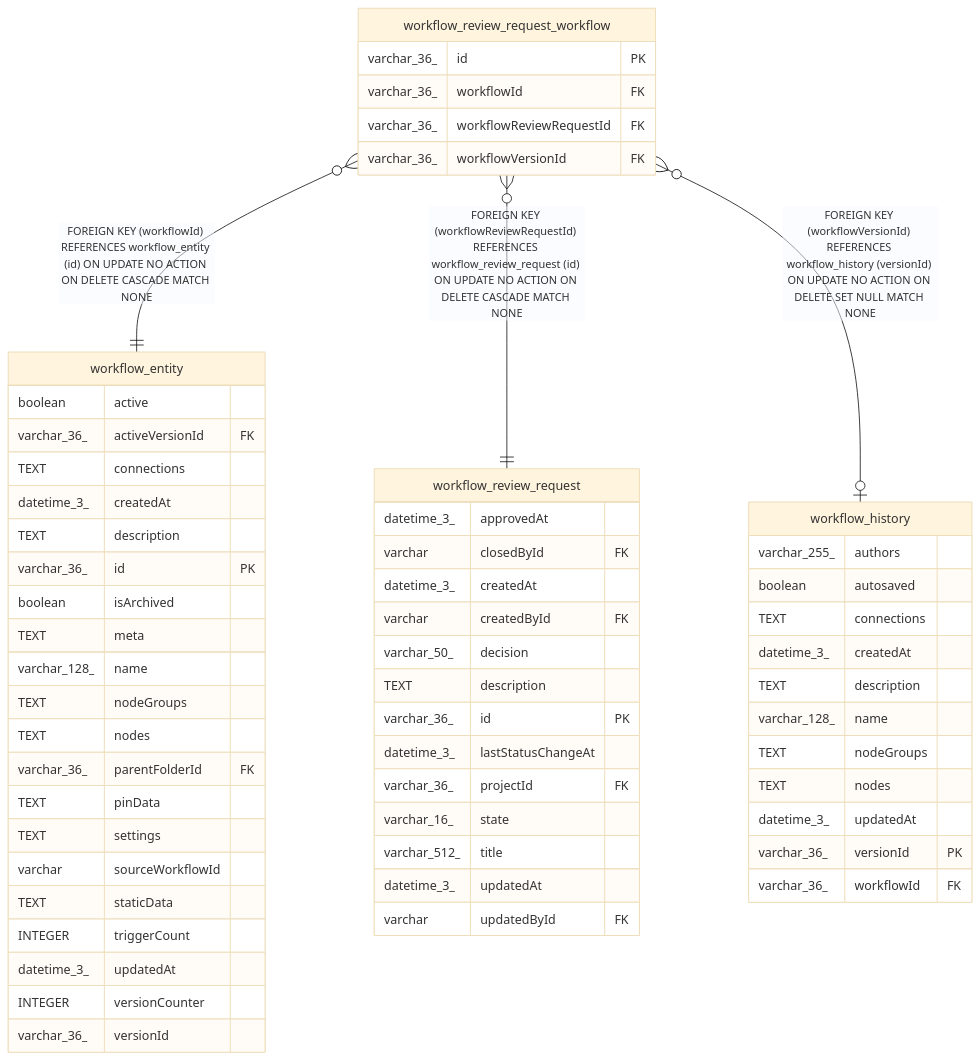
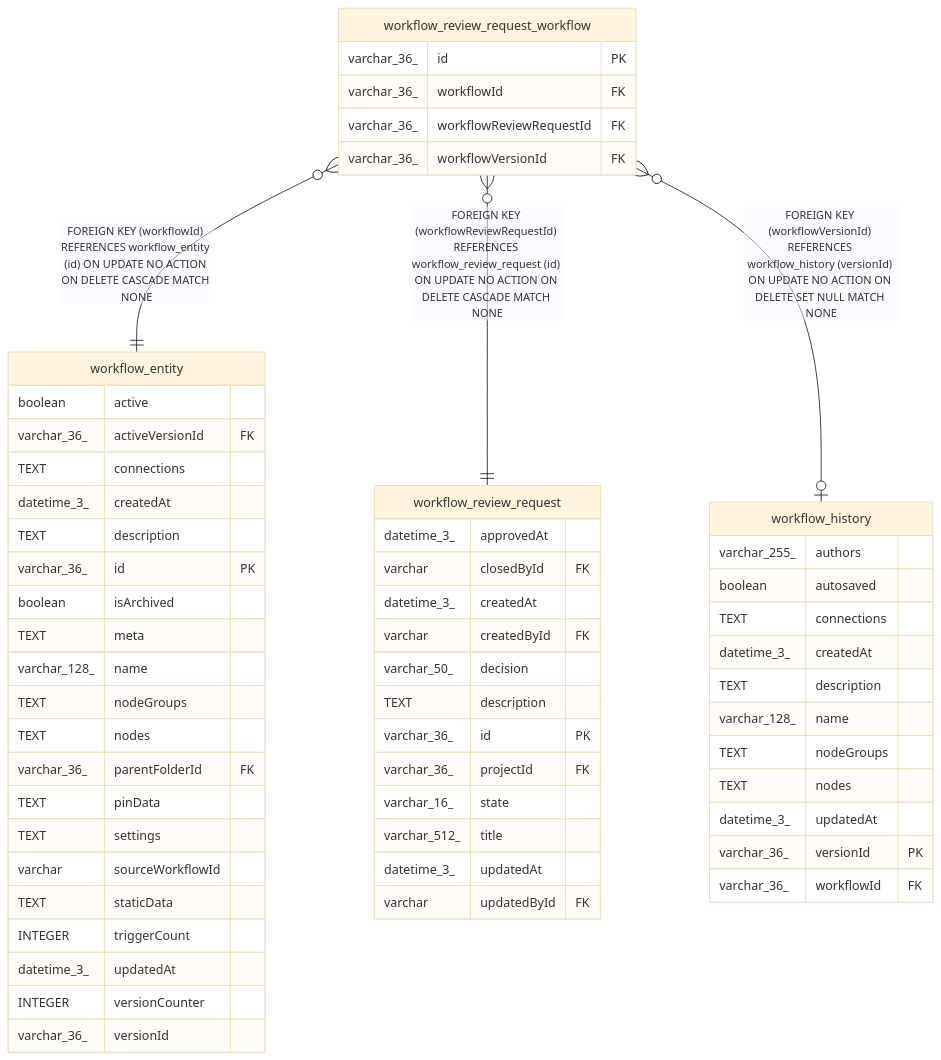
Before and after one commit to mayankjain1815-commits/n8n: the diagram in docs/generated/sqlite-schema/workflow_review_request_workflow.md, drawn with Mermaid (base theme). The commit also changed 10 other files, not shown here.

First line of the commit message:
refactor(core): Remove lastStatusChangeAt field from workflow review request schema

````diff
--- a/docs/generated/sqlite-schema/workflow_review_request_workflow.md
+++ b/docs/generated/sqlite-schema/workflow_review_request_workflow.md
@@ -42,64 +42,63 @@
 ```mermaid
 erDiagram
 
 "workflow_review_request_workflow" }o--|| "workflow_entity" : "FOREIGN KEY (workflowId) REFERENCES workflow_entity (id) ON UPDATE NO ACTION ON DELETE CASCADE MATCH NONE"
 "workflow_review_request_workflow" }o--|| "workflow_review_request" : "FOREIGN KEY (workflowReviewRequestId) REFERENCES workflow_review_request (id) ON UPDATE NO ACTION ON DELETE CASCADE MATCH NONE"
 "workflow_review_request_workflow" }o--o| "workflow_history" : "FOREIGN KEY (workflowVersionId) REFERENCES workflow_history (versionId) ON UPDATE NO ACTION ON DELETE SET NULL MATCH NONE"
 
 "workflow_review_request_workflow" {
   varchar_36_ id PK
   varchar_36_ workflowId FK
   varchar_36_ workflowReviewRequestId FK
   varchar_36_ workflowVersionId FK
 }
 "workflow_entity" {
   boolean active
   varchar_36_ activeVersionId FK
   TEXT connections
   datetime_3_ createdAt
   TEXT description
   varchar_36_ id PK
   boolean isArchived
   TEXT meta
   varchar_128_ name
   TEXT nodeGroups
   TEXT nodes
   varchar_36_ parentFolderId FK
   TEXT pinData
   TEXT settings
   varchar sourceWorkflowId
   TEXT staticData
   INTEGER triggerCount
   datetime_3_ updatedAt
   INTEGER versionCounter
   varchar_36_ versionId
 }
 "workflow_review_request" {
   datetime_3_ approvedAt
   varchar closedById FK
   datetime_3_ createdAt
   varchar createdById FK
   varchar_50_ decision
   TEXT description
   varchar_36_ id PK
-  datetime_3_ lastStatusChangeAt
   varchar_36_ projectId FK
   varchar_16_ state
   varchar_512_ title
   datetime_3_ updatedAt
   varchar updatedById FK
 }
 "workflow_history" {
   varchar_255_ authors
   boolean autosaved
   TEXT connections
   datetime_3_ createdAt
   TEXT description
   varchar_128_ name
   TEXT nodeGroups
   TEXT nodes
   datetime_3_ updatedAt
   varchar_36_ versionId PK
   varchar_36_ workflowId FK
 }
 ```
````
